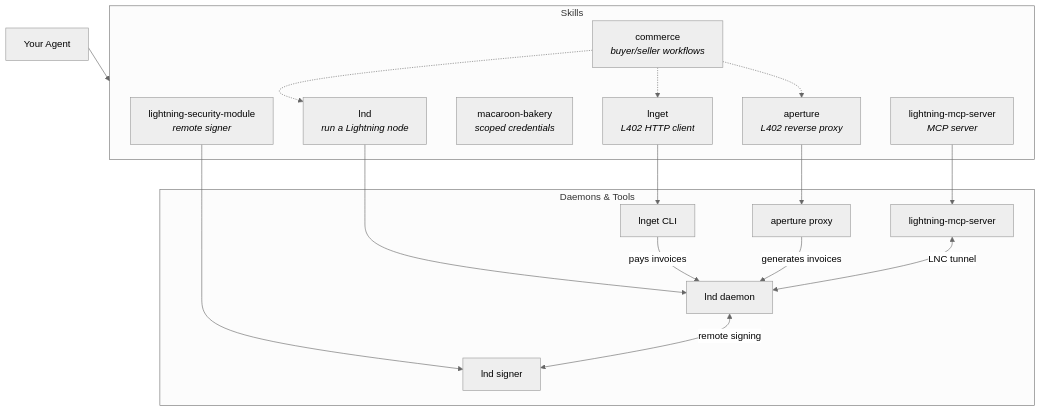
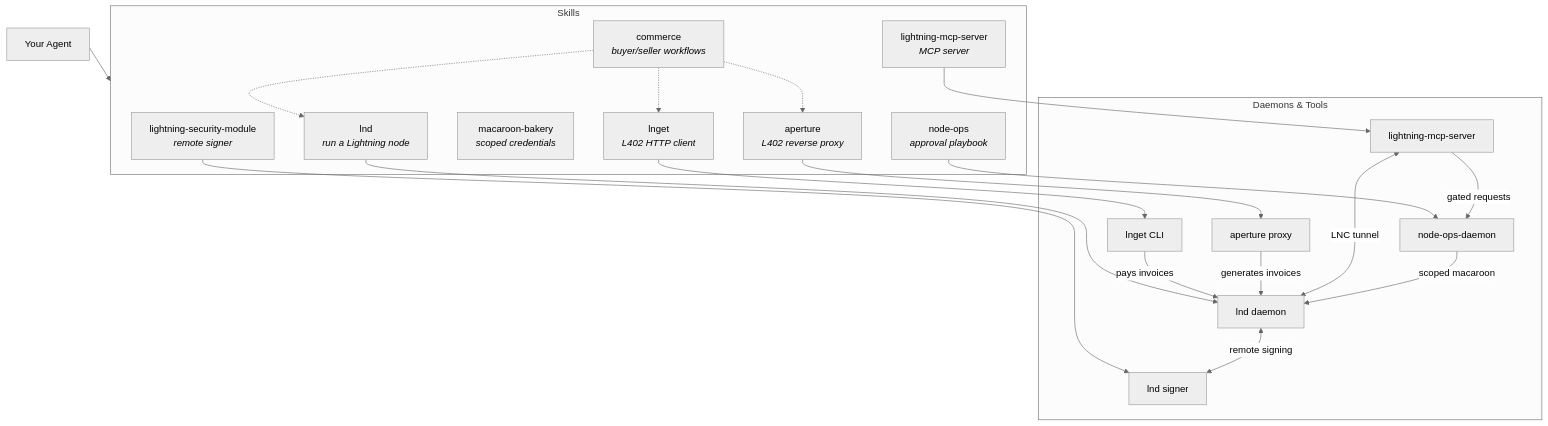
One commit to jerryfane/lightning-agent-tools changed the first of 2 diagrams in README.md. Above: the diagram before and after it, drawn with Mermaid (neutral theme). The commit also changed other lines of this file and 13 other files, not shown here.

First line of the commit message:
docs(node-ops): add end-to-end regtest quickstart (#30)

````diff
--- a/README.md
+++ b/README.md
@@ -53,37 +54,42 @@
 ```mermaid
 graph TD
     CC["Your Agent"] --> Skills
 
     subgraph Skills["Skills"]
         lnd["lnd<br/><i>run a Lightning node</i>"]
         lsm["lightning-security-module<br/><i>remote signer</i>"]
         mb["macaroon-bakery<br/><i>scoped credentials</i>"]
         lg["lnget<br/><i>L402 HTTP client</i>"]
         ap["aperture<br/><i>L402 reverse proxy</i>"]
         mcp["lightning-mcp-server<br/><i>MCP server</i>"]
+        nodeops["node-ops<br/><i>approval playbook</i>"]
         com["commerce<br/><i>buyer/seller workflows</i>"]
     end
 
     subgraph Runtime["Daemons & Tools"]
         lnd_d["lnd daemon"]
         signer_d["lnd signer"]
         aperture_d["aperture proxy"]
         lnget_d["lnget CLI"]
         mcp_d["lightning-mcp-server"]
+        ops_d["node-ops-daemon"]
     end
 
     lnd --> lnd_d
     lsm --> signer_d
     lg --> lnget_d
     ap --> aperture_d
     mcp --> mcp_d
+    nodeops --> ops_d
 
     lnd_d <-->|"remote signing"| signer_d
     lnget_d -->|"pays invoices"| lnd_d
     aperture_d -->|"generates invoices"| lnd_d
     mcp_d <-->|"LNC tunnel"| lnd_d
+    mcp_d -->|"gated requests"| ops_d
+    ops_d -->|"scoped macaroon"| lnd_d
 
     com -.-> lnd
     com -.-> lg
     com -.-> ap
 ```
````
